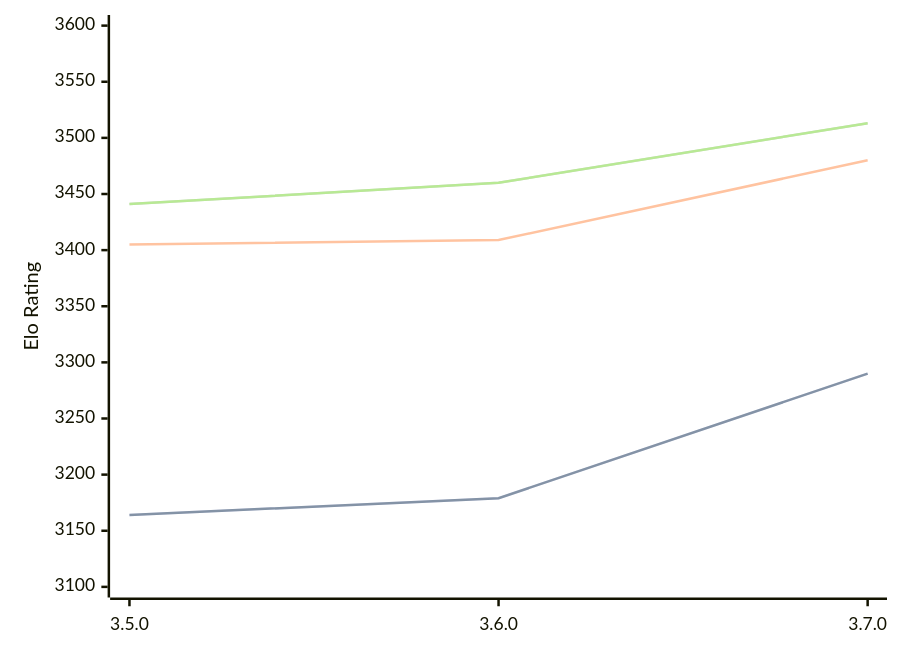
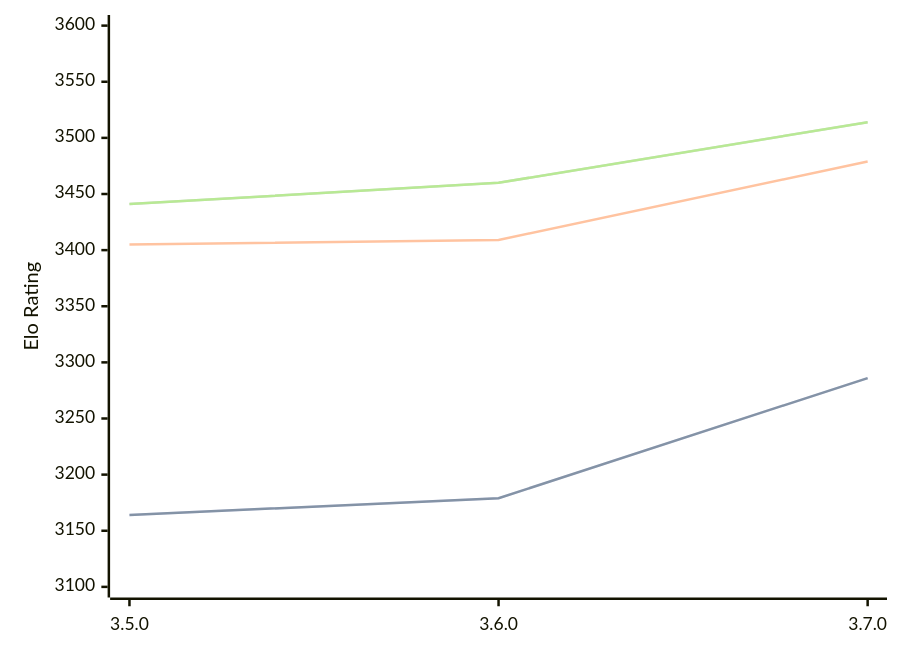
The diagram in engines/Igel.md (computer-chess-index/cci), drawn with Mermaid before and after one commit. The commit also changed other lines of this file, not shown here.

Commit message:
Update CCI Ratings (ELO VLTC) - 2026-08-31

````diff
--- a/engines/Igel.md
+++ b/engines/Igel.md
@@ -33,11 +33,11 @@
 ```mermaid
 %%{init: {"theme":"base","themeVariables":{"seriesColors:['#a3a3a3','#222221','#faa371']}}}%%
 xychart-beta
   x-axis ["3.5.0", "3.6.0", "3.7.0"]
   y-axis "Elo Rating" 3100 --> 3600
-  line "" [3164, 3179, 3290]
-  line "STC (8.0+0.08s)" [3164, 3179, 3290]
-  line "LTC (60.0+0.60s)" [3405, 3409, 3480]
-  line "" [3441, 3460, 3513]
-  line "VLTC (2m24s+1.12s)" [3441, 3460, 3513]
+  line "" [3164, 3179, 3286]
+  line "STC (8.0+0.08s)" [3164, 3179, 3286]
+  line "LTC (60.0+0.60s)" [3405, 3409, 3479]
+  line "" [3441, 3460, 3514]
+  line "VLTC (2m24s+1.12s)" [3441, 3460, 3514]
 ```
````
